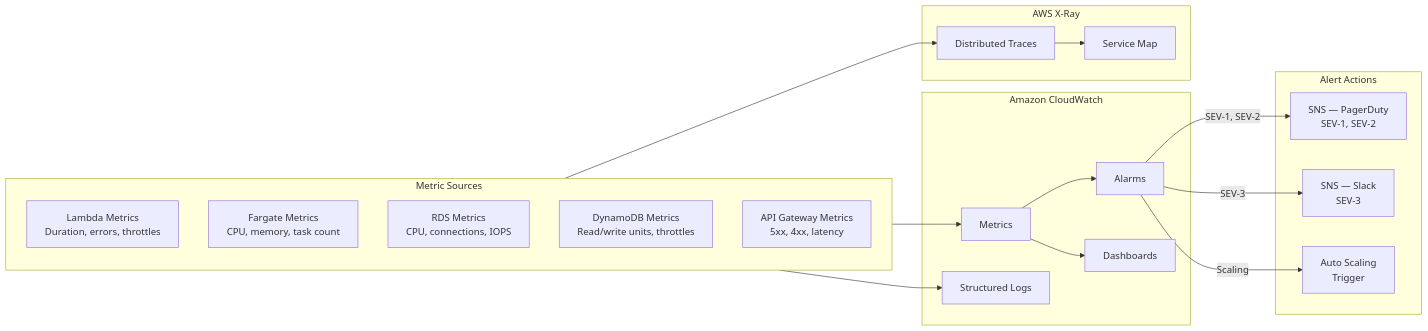
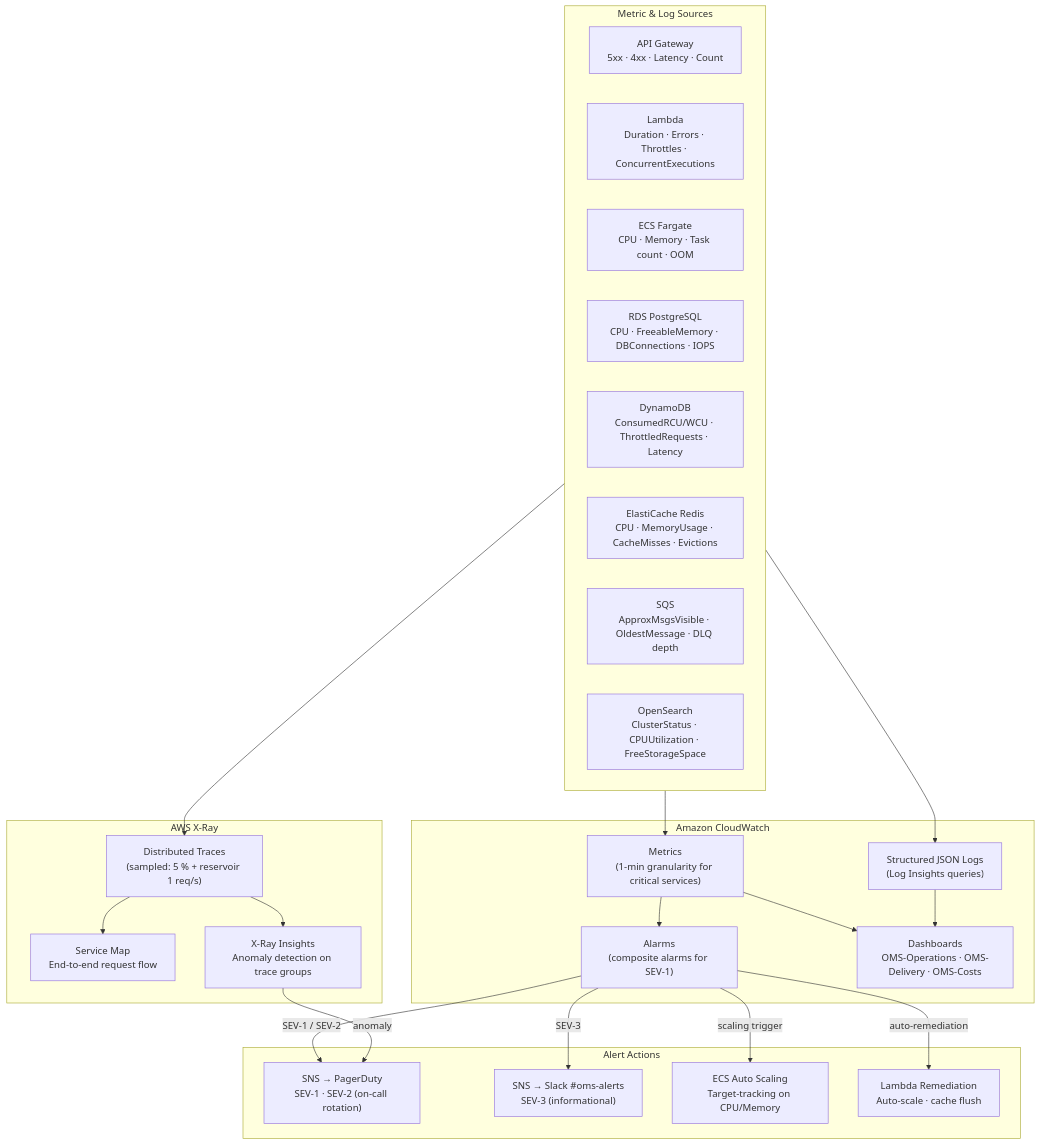
Before and after one commit to 0Ankit0/Project-Ideas: the sixth of 6 diagrams in Order Management and Delivery System/infrastructure/cloud-architecture.md, drawn with Mermaid. The commit also changed other lines of this file and 11 other files, not shown here.

````diff
--- a/Order Management and Delivery System/infrastructure/cloud-architecture.md
+++ b/Order Management and Delivery System/infrastructure/cloud-architecture.md
@@ -78,38 +403,47 @@
 ```mermaid
-graph LR
-    subgraph Sources["Metric Sources"]
-        Lambda_M["Lambda Metrics<br/>Duration, errors, throttles"]
-        Fargate_M["Fargate Metrics<br/>CPU, memory, task count"]
-        RDS_M["RDS Metrics<br/>CPU, connections, IOPS"]
-        DDB_M["DynamoDB Metrics<br/>Read/write units, throttles"]
-        APIGW_M["API Gateway Metrics<br/>5xx, 4xx, latency"]
+graph TB
+    subgraph Sources["Metric & Log Sources"]
+        APIGW_M["API Gateway\n5xx · 4xx · Latency · Count"]
+        Lambda_M["Lambda\nDuration · Errors · Throttles · ConcurrentExecutions"]
+        Fargate_M["ECS Fargate\nCPU · Memory · Task count · OOM"]
+        RDS_M["RDS PostgreSQL\nCPU · FreeableMemory · DBConnections · IOPS"]
+        DDB_M["DynamoDB\nConsumedRCU/WCU · ThrottledRequests · Latency"]
+        Redis_M["ElastiCache Redis\nCPU · MemoryUsage · CacheMisses · Evictions"]
+        SQS_M["SQS\nApproxMsgsVisible · OldestMessage · DLQ depth"]
+        OS_M["OpenSearch\nClusterStatus · CPUUtilization · FreeStorageSpace"]
     end
 
-    subgraph CloudWatch["Amazon CloudWatch"]
-        Metrics["Metrics"]
-        Logs["Structured Logs"]
-        Alarms["Alarms"]
-        Dashboard["Dashboards"]
+    subgraph CWGroup["Amazon CloudWatch"]
+        CWMetrics["Metrics\n(1-min granularity for critical services)"]
+        CWLogs["Structured JSON Logs\n(Log Insights queries)"]
+        CWAlarms["Alarms\n(composite alarms for SEV-1)"]
+        CWDash["Dashboards\nOMS-Operations · OMS-Delivery · OMS-Costs"]
     end
 
-    subgraph XRay["AWS X-Ray"]
-        Traces["Distributed Traces"]
-        ServiceMap["Service Map"]
+    subgraph XRayGroup["AWS X-Ray"]
+        Traces["Distributed Traces\n(sampled: 5 % + reservoir 1 req/s)"]
+        ServiceMap["Service Map\nEnd-to-end request flow"]
+        XRayInsights["X-Ray Insights\nAnomaly detection on trace groups"]
     end
 
-    subgraph Actions["Alert Actions"]
-        SNS_Alert["SNS — PagerDuty<br/>SEV-1, SEV-2"]
-        Slack["SNS — Slack<br/>SEV-3"]
-        AutoScale["Auto Scaling<br/>Trigger"]
+    subgraph AlertActions["Alert Actions"]
+        SNS_P["SNS → PagerDuty\nSEV-1 · SEV-2 (on-call rotation)"]
+        SNS_Slack["SNS → Slack #oms-alerts\nSEV-3 (informational)"]
+        ASG["ECS Auto Scaling\nTarget-tracking on CPU/Memory"]
+        Lambda_Remediate["Lambda Remediation\nAuto-scale · cache flush"]
     end
 
-    Sources --> Metrics
-    Sources --> Logs
+    Sources --> CWMetrics
+    Sources --> CWLogs
     Sources --> Traces
-    Metrics --> Alarms
-    Metrics --> Dashboard
+    CWMetrics --> CWAlarms
+    CWMetrics --> CWDash
+    CWLogs --> CWDash
     Traces --> ServiceMap
-    Alarms -->|SEV-1, SEV-2| SNS_Alert
-    Alarms -->|SEV-3| Slack
-    Alarms -->|Scaling| AutoScale
+    Traces --> XRayInsights
+    CWAlarms -->|"SEV-1 / SEV-2"| SNS_P
+    CWAlarms -->|"SEV-3"| SNS_Slack
+    CWAlarms -->|"scaling trigger"| ASG
+    XRayInsights -->|"anomaly"| SNS_P
+    CWAlarms -->|"auto-remediation"| Lambda_Remediate
 ```
````
